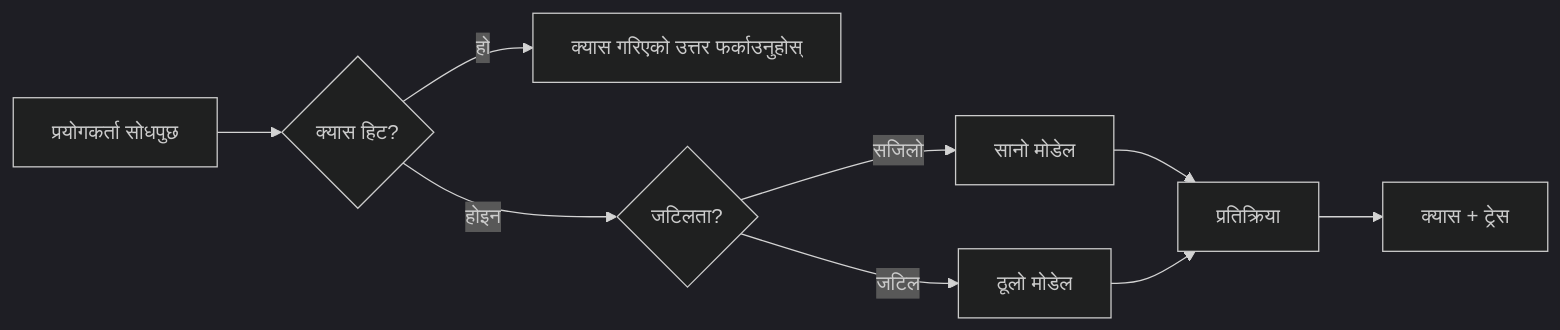
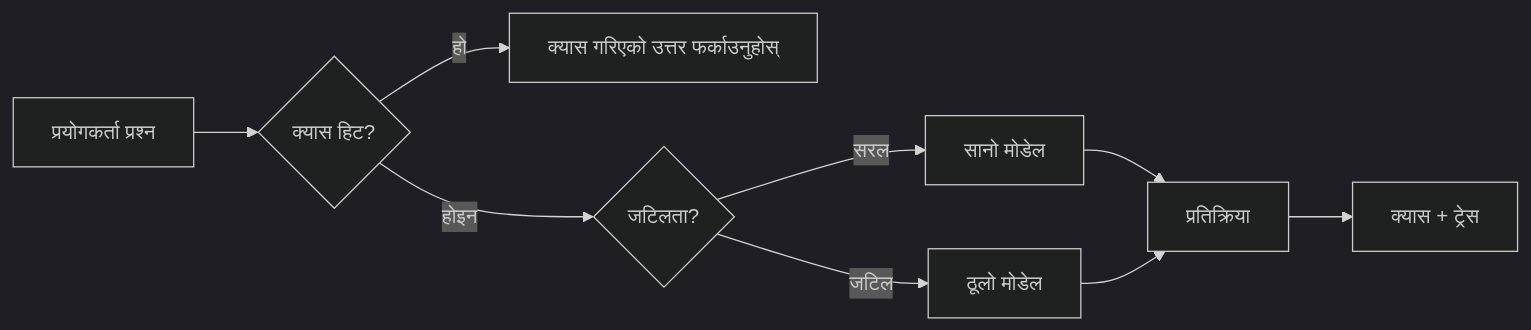
The third of 4 diagrams in mirrors/repos/microsoft@ai-agents-for-beginners/translations/ne/16-deploying-scalable-agents/README.md (gabrielmoreira/agent-skills-mirror), drawn with Mermaid (dark theme) before and after one commit. The commit also changed other lines of this file and 3581 other files, not shown here.

````diff
--- a/mirrors/repos/microsoft@ai-agents-for-beginners/translations/ne/16-deploying-scalable-agents/README.md
+++ b/mirrors/repos/microsoft@ai-agents-for-beginners/translations/ne/16-deploying-scalable-agents/README.md
@@ -134,11 +134,11 @@
 ```mermaid
 flowchart LR
-    Q[प्रयोगकर्ता सोधपुछ] --> C{क्यास हिट?}
+    Q[प्रयोगकर्ता प्रश्न] --> C{क्यास हिट?}
     C -->|हो| R[क्यास गरिएको उत्तर फर्काउनुहोस्]
     C -->|होइन| Router{जटिलता?}
-    Router -->|सजिलो| SLM[सानो मोडेल]
+    Router -->|सरल| SLM[सानो मोडेल]
     Router -->|जटिल| LLM[ठूलो मोडेल]
     SLM --> Out[प्रतिक्रिया]
     LLM --> Out
     Out --> Store[क्यास + ट्रेस]
 ```
````
